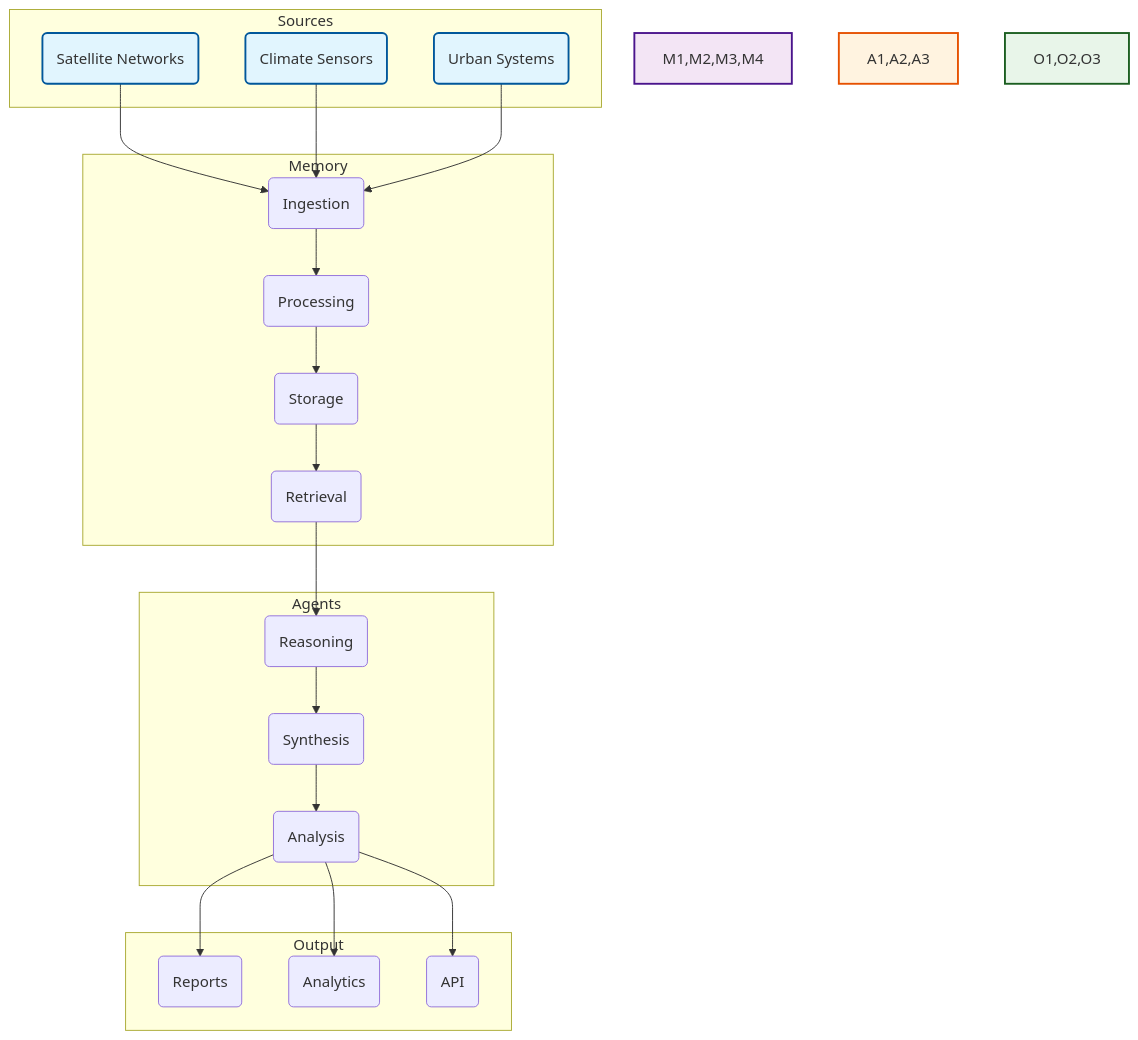
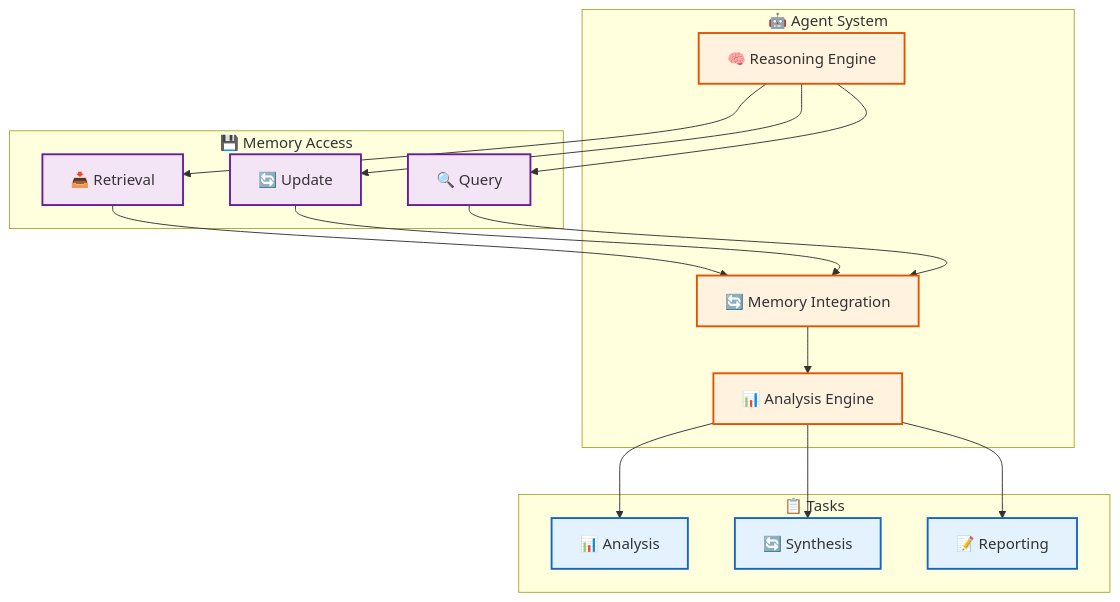
The third of 4 diagrams in memories-dev/README.md (Vortx-AI/memories-dev), drawn with Mermaid before and after one commit. The commit also changed other lines of this file, not shown here.

````diff
--- a/memories-dev/README.md
+++ b/memories-dev/README.md
@@ -47,51 +130,34 @@
 ```mermaid
 graph TD
-    %% Style definitions
-    classDef source fill:#e1f5fe,stroke:#01579b,stroke-width:2px
-    classDef memory fill:#f3e5f5,stroke:#4a148c,stroke-width:2px
+    %% Node Styles
     classDef agent fill:#fff3e0,stroke:#e65100,stroke-width:2px
-    classDef output fill:#e8f5e9,stroke:#1b5e20,stroke-width:2px
+    classDef memory fill:#f3e5f5,stroke:#6a1b9a,stroke-width:2px
+    classDef task fill:#e3f2fd,stroke:#1565c0,stroke-width:2px
 
-    %% Data Sources
-    subgraph Sources
-        S1(Satellite Networks)
-        S2(Climate Sensors)
-        S3(Urban Systems)
+    %% Agent Components
+    subgraph "🤖 Agent System"
+        A1["🧠 Reasoning Engine"]:::agent
+        A2["🔄 Memory Integration"]:::agent
+        A3["📊 Analysis Engine"]:::agent
     end
 
-    %% Memory System
-    subgraph Memory
-        M1(Ingestion)
-        M2(Processing)
-        M3(Storage)
-        M4(Retrieval)
+    %% Memory Access
+    subgraph "💾 Memory Access"
+        M1["📥 Retrieval"]:::memory
+        M2["🔄 Update"]:::memory
+        M3["🔍 Query"]:::memory
     end
 
-    %% Agent System
-    subgraph Agents
-        A1(Reasoning)
-        A2(Synthesis)
-        A3(Analysis)
-    end
-
-    %% Output System
-    subgraph Output
-        O1(Reports)
-        O2(Analytics)
-        O3(API)
+    %% Task Processing
+    subgraph "📋 Tasks"
+        T1["📊 Analysis"]:::task
+        T2["🔄 Synthesis"]:::task
+        T3["📝 Reporting"]:::task
     end
 
     %% Connections
-    S1 & S2 & S3 --> M1
-    M1 --> M2 --> M3 --> M4
-    M4 --> A1 --> A2 --> A3
-    A3 --> O1 & O2 & O3
-
-    %% Style assignments
-    style S1 fill:#e1f5fe,stroke:#01579b,stroke-width:2px
-    style S2 fill:#e1f5fe,stroke:#01579b,stroke-width:2px
-    style S3 fill:#e1f5fe,stroke:#01579b,stroke-width:2px
-    style M1,M2,M3,M4 fill:#f3e5f5,stroke:#4a148c,stroke-width:2px
-    style A1,A2,A3 fill:#fff3e0,stroke:#e65100,stroke-width:2px
-    style O1,O2,O3 fill:#e8f5e9,stroke:#1b5e20,stroke-width:2px
+    A1 --> M1 & M2 & M3
+    M1 & M2 & M3 --> A2
+    A2 --> A3
+    A3 --> T1 & T2 & T3
 ```
````
